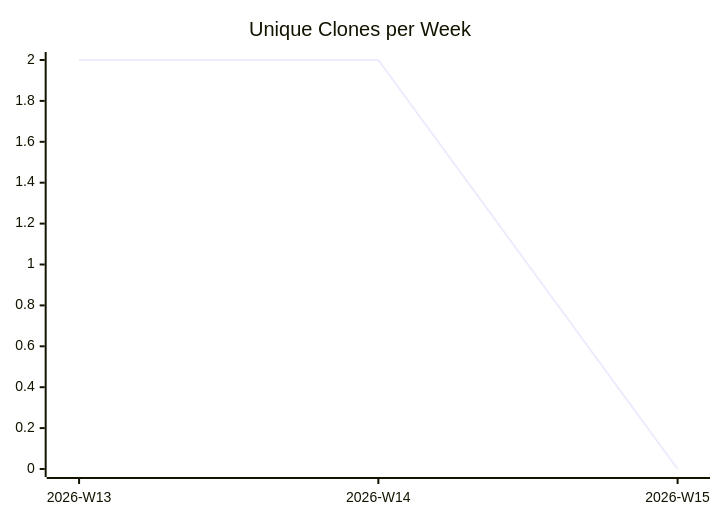
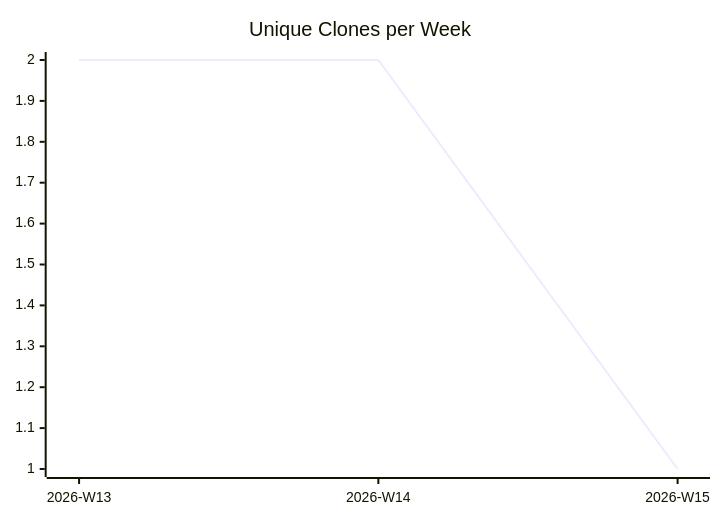
The third of 3 diagrams in karlmdavis/bbonfhir-dev-infra-docker/README.md (justdavis-family/github-analytics-data), drawn with Mermaid before and after one commit. The commit also changed other lines of this file and 191 other files, not shown here.

````diff
--- a/karlmdavis/bbonfhir-dev-infra-docker/README.md
+++ b/karlmdavis/bbonfhir-dev-infra-docker/README.md
@@ -19,6 +19,6 @@
 ```mermaid
 xychart-beta
   title "Unique Clones per Week"
   x-axis ["2026-W13", "2026-W14", "2026-W15"]
-  line [2, 2, 0]
+  line [2, 2, 1]
 ```
````
